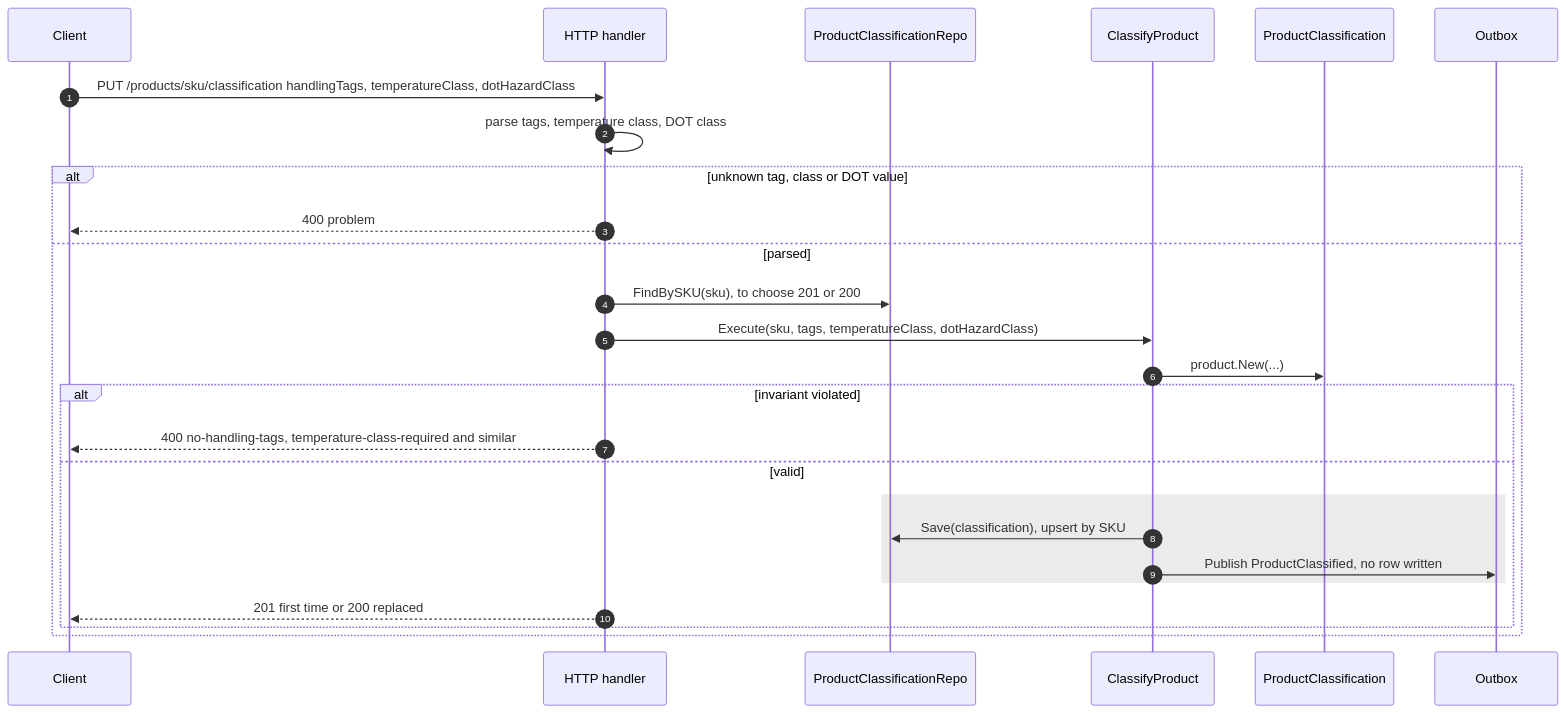
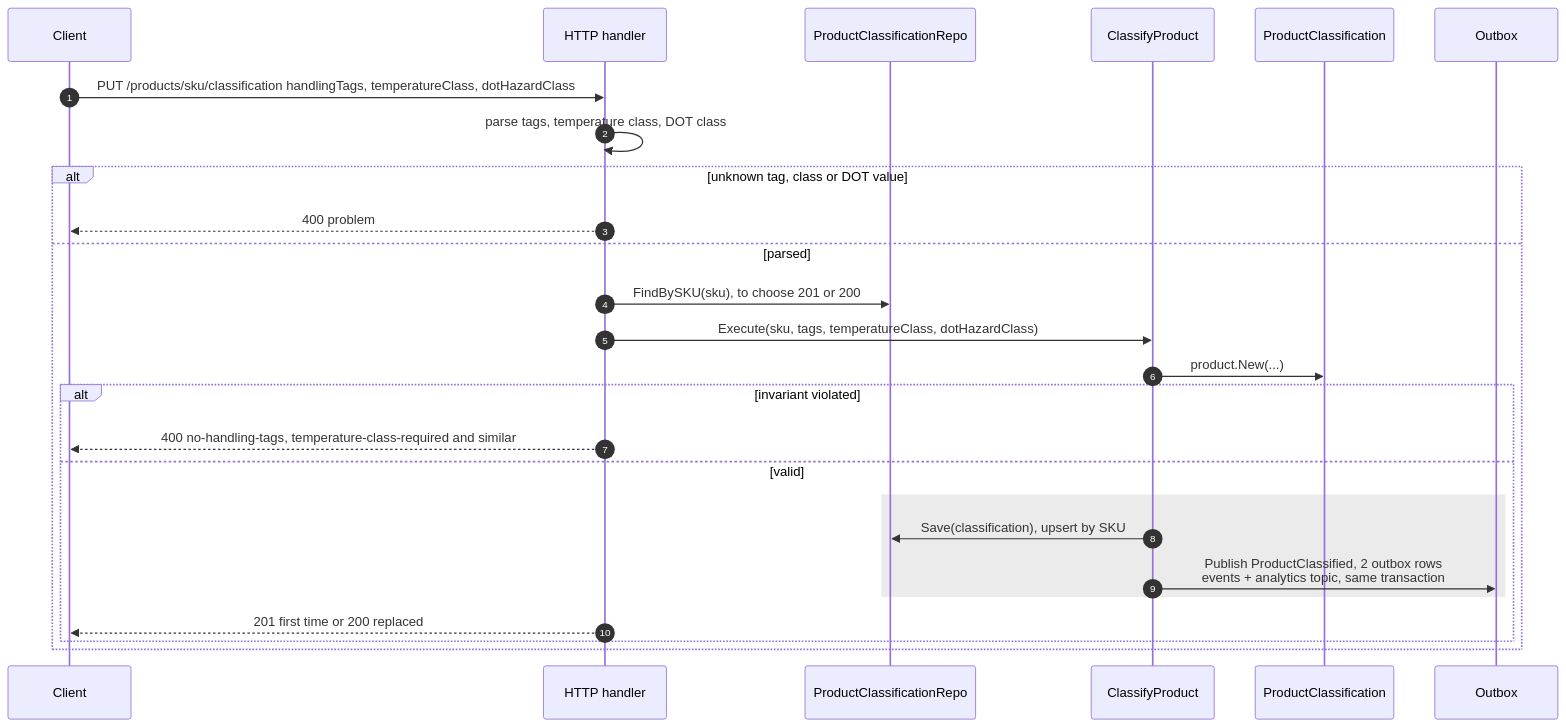
Before and after one commit to IQVO/inventory-storage: the seventh of 12 diagrams in docs/docs/ddd/sequence-diagrams.md, drawn with Mermaid. The commit also changed other lines of this file and 22 other files, not shown here.

First line of the commit message:
feat: publish ProductClassified; confirm-pick direction (audit decisions 2026-10-06) (#147)

````diff
--- a/docs/docs/ddd/sequence-diagrams.md
+++ b/docs/docs/ddd/sequence-diagrams.md
@@ -319,28 +320,28 @@
 ```mermaid
 sequenceDiagram
     autonumber
     participant C as Client
     participant H as HTTP handler
     participant PCR as ProductClassificationRepo
     participant UC as ClassifyProduct
     participant PC as ProductClassification
     participant OB as Outbox
     C->>H: PUT /products/sku/classification handlingTags, temperatureClass, dotHazardClass
     H->>H: parse tags, temperature class, DOT class
     alt unknown tag, class or DOT value
         H-->>C: 400 problem
     else parsed
         H->>PCR: FindBySKU(sku), to choose 201 or 200
         H->>UC: Execute(sku, tags, temperatureClass, dotHazardClass)
         UC->>PC: product.New(...)
         alt invariant violated
             H-->>C: 400 no-handling-tags, temperature-class-required and similar
         else valid
             rect rgb(235, 235, 235)
                 UC->>PCR: Save(classification), upsert by SKU
-                UC->>OB: Publish ProductClassified, no row written
+                UC->>OB: Publish ProductClassified, 2 outbox rows<br/>events + analytics topic, same transaction
             end
             H-->>C: 201 first time or 200 replaced
         end
     end
 ```
````
